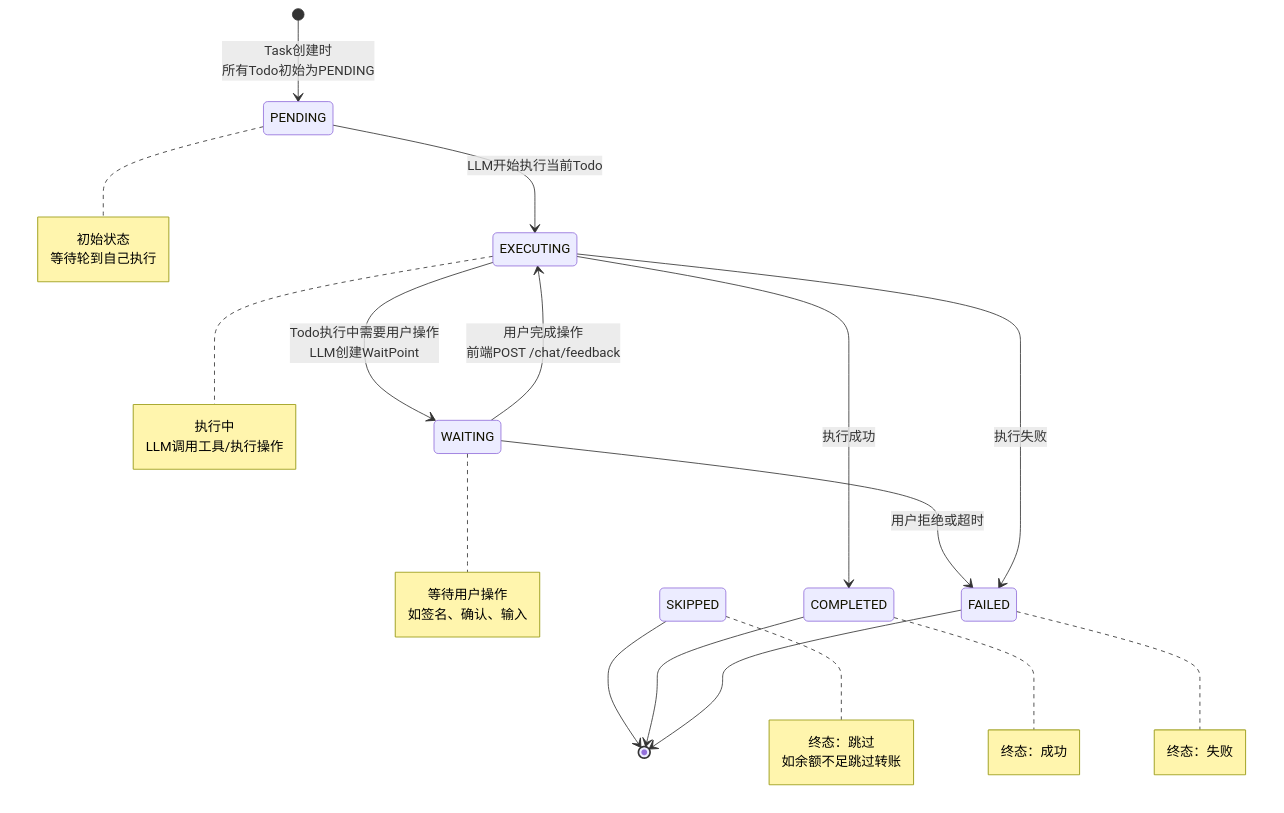
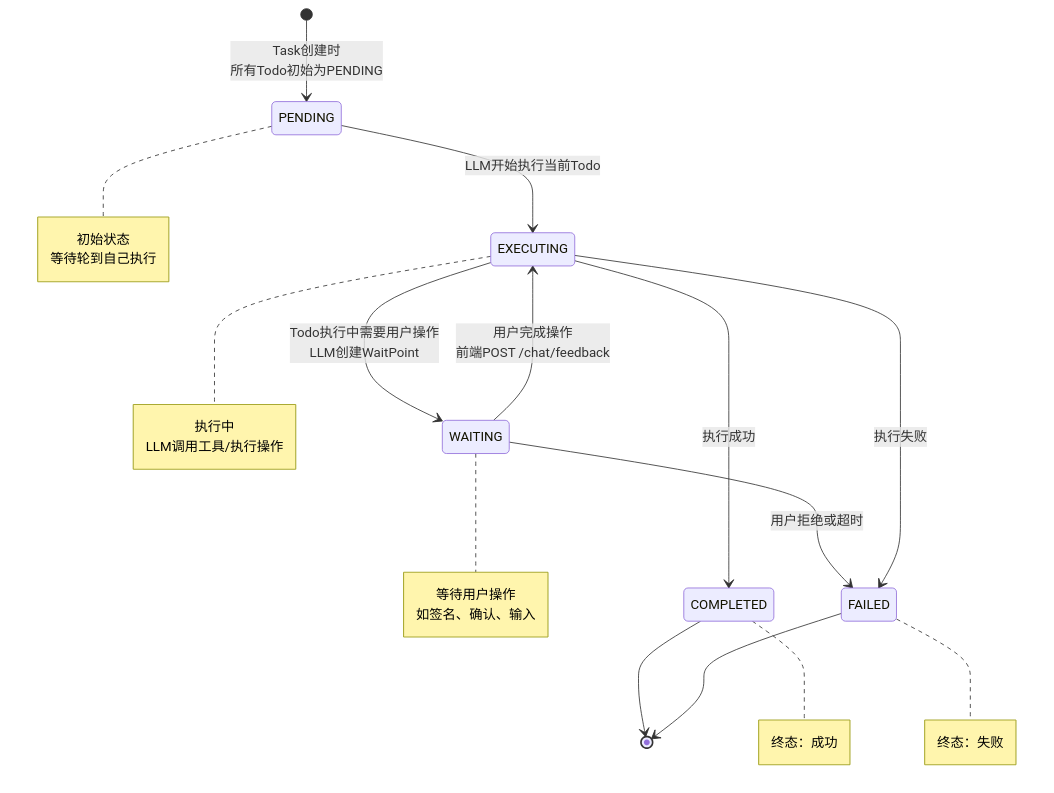
One commit to yingjianzh/iodraw-files changed the diagram in all/未命名-10.md. Above: the diagram before and after it, drawn with Mermaid.

Commit message:
2025-12-18 16:23:20 update

````diff
--- a/all/未命名-10.md
+++ b/all/未命名-10.md
@@ -1,45 +1,39 @@
 ```mermaid
 stateDiagram-v2
     [*] --> PENDING: Task创建时<br/>所有Todo初始为PENDING
     
     PENDING --> EXECUTING: LLM开始执行当前Todo
     EXECUTING --> WAITING: Todo执行中需要用户操作<br/>LLM创建WaitPoint
     
     WAITING --> EXECUTING: 用户完成操作<br/>前端POST /chat/feedback
     WAITING --> FAILED: 用户拒绝或超时
     
     EXECUTING --> COMPLETED: 执行成功
     EXECUTING --> FAILED: 执行失败
     
-    SKIPPED --> [*]
     COMPLETED --> [*]
     FAILED --> [*]
     
     note right of PENDING
         初始状态
         等待轮到自己执行
     end note
     
     note right of EXECUTING
         执行中
         LLM调用工具/执行操作
     end note
     
     note right of WAITING
         等待用户操作
         如签名、确认、输入
     end note
     
-    note right of SKIPPED
-        终态：跳过
-        如余额不足跳过转账
-    end note
-    
     note right of COMPLETED
         终态：成功
     end note
     
     note right of FAILED
         终态：失败
     end note
 ```
````
